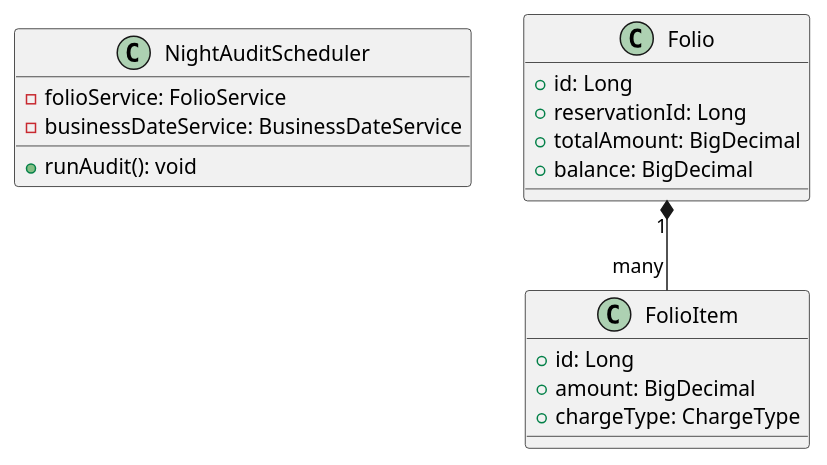
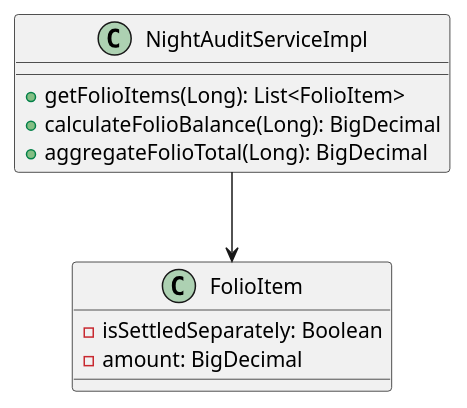
The first of 2 diagrams in 06-Testing/mod5_finance/uc24/EDS_uc24_SPEC.md (Luuxinhxinh/hoanien-resort), drawn with PlantUML before and after one commit. The commit also changed other lines of this file and 29 other files, not shown here.

````diff
--- a/06-Testing/mod5_finance/uc24/EDS_uc24_SPEC.md
+++ b/06-Testing/mod5_finance/uc24/EDS_uc24_SPEC.md
@@ -106,24 +79,14 @@
 ```plantuml
 @startuml
-class NightAuditScheduler {
-  -folioService: FolioService
-  -businessDateService: BusinessDateService
-  +runAudit(): void
+class NightAuditServiceImpl {
+  + getFolioItems(Long): List<FolioItem>
+  + calculateFolioBalance(Long): BigDecimal
+  + aggregateFolioTotal(Long): BigDecimal
 }
-
-class Folio {
-  +id: Long
-  +reservationId: Long
-  +totalAmount: BigDecimal
-  +balance: BigDecimal
+class FolioItem {
+  - isSettledSeparately: Boolean
+  - amount: BigDecimal
 }
-
-class FolioItem {
-  +id: Long
-  +amount: BigDecimal
-  +chargeType: ChargeType
-}
-
-Folio "1" *-- "many" FolioItem
+NightAuditServiceImpl --> FolioItem
 @enduml
 ```
````
